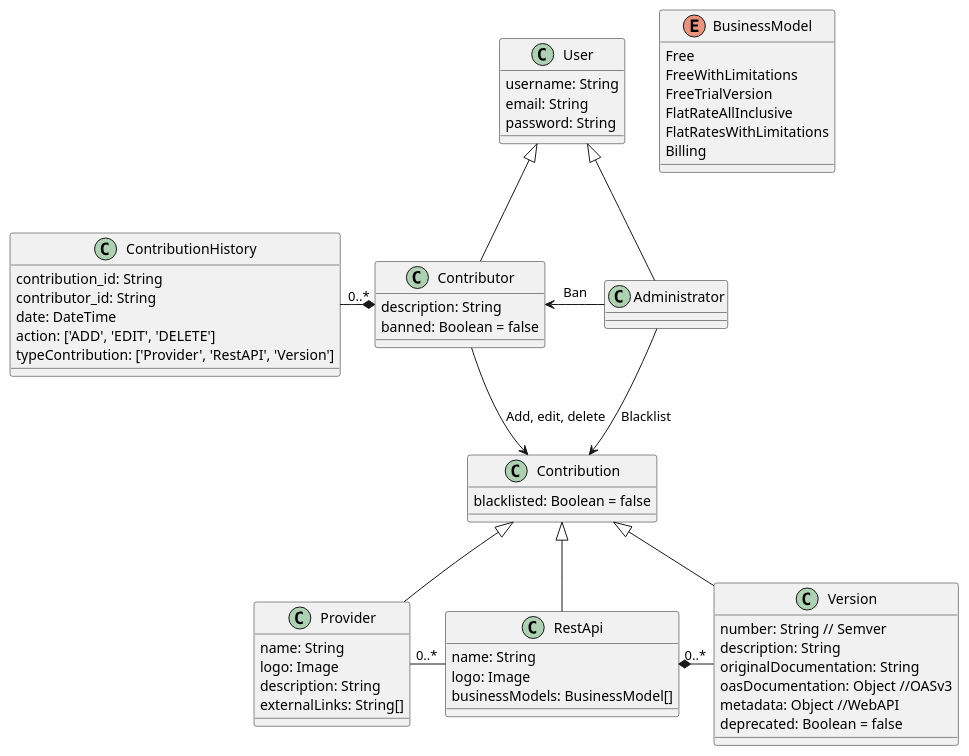
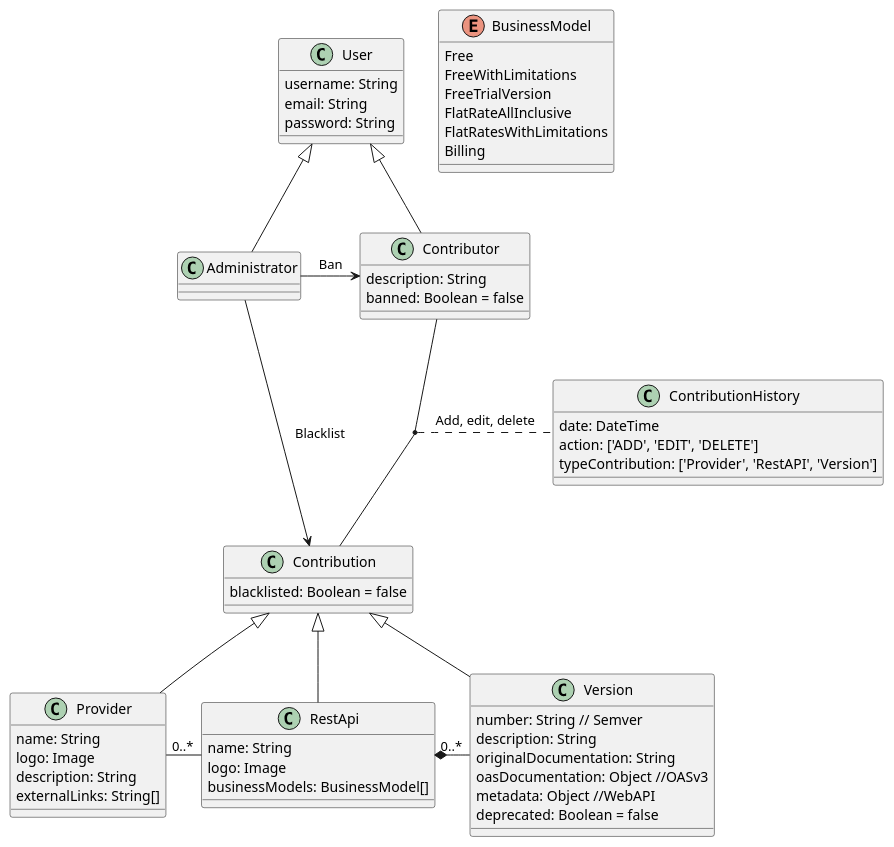
Before and after one commit to tonen100/TFM_API_RepositorioServiciosWebEnriquecidos: the diagram in doc/dc.plantuml, drawn with PlantUML.

Commit message:
Update DC

```diff
--- a/doc/dc.plantuml
+++ b/doc/dc.plantuml
@@ -1,71 +1,69 @@
 @startuml "DC APIs Repositorio"
 enum BusinessModel {
     Free
     FreeWithLimitations
     FreeTrialVersion
     FlatRateAllInclusive
     FlatRatesWithLimitations
     Billing
 }
 
 class Provider {
     name: String
     logo: Image
     description: String
     externalLinks: String[]
 }
 
 class RestApi {
    name: String
    logo: Image
    businessModels: BusinessModel[]
 }
 
 class Version {
     number: String // Semver
     description: String
     originalDocumentation: String
     oasDocumentation: Object //OASv3
     metadata: Object //WebAPI
     deprecated: Boolean = false
 }
 
 class User {
     username: String
     email: String
     password: String
 }
 
 class Contributor {
     description: String
     banned: Boolean = false
 }
 
 class Administrator {
 
 }
 
+class Contribution {
+    blacklisted: Boolean = false
+}
+
 class ContributionHistory {
-    contribution_id: String
-    contributor_id: String
     date: DateTime
     action: ['ADD', 'EDIT', 'DELETE']
     typeContribution: ['Provider', 'RestAPI', 'Version']
-}
-
-class Contribution {
-    blacklisted: Boolean = false
 }
 
 RestApi *-right- "0..*" Version
 Provider -right- "0..*" RestApi
 User <|-- Administrator
 User <|-- Contributor
 Administrator --> Contribution: Blacklist
-Administrator -left-> Contributor: Ban
-Contributor --> Contribution: Add, edit, delete
+Administrator -right-> Contributor: Ban
+(Contributor,Contribution) .. ContributionHistory: Add, edit, delete
 Contribution <|-- Provider
 Contribution <|-- RestApi
 Contribution <|-- Version
-Contributor *-left- "0..*" ContributionHistory
+
 @enduml
```
